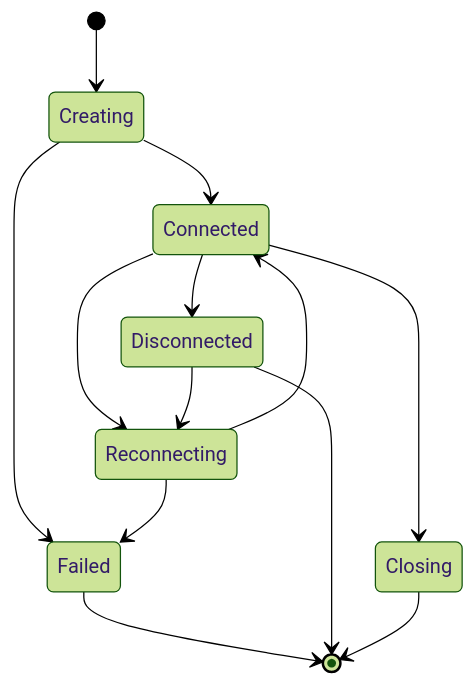
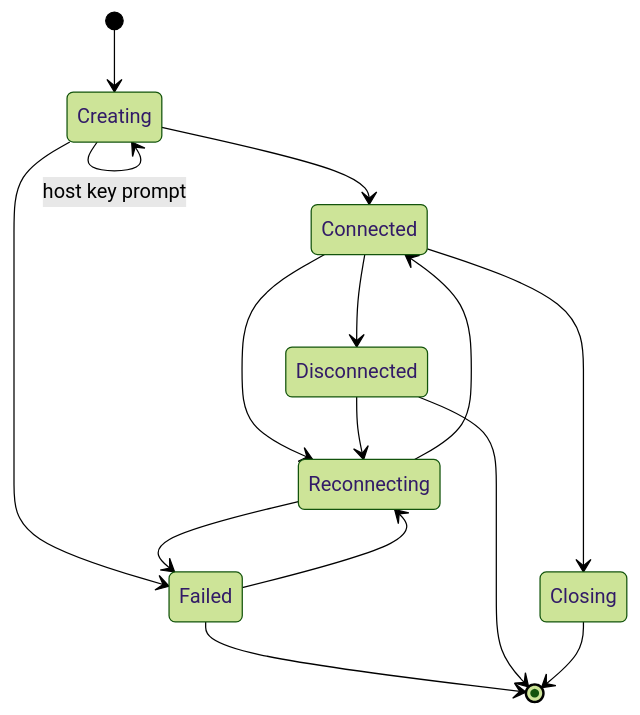
Before and after one commit to gsxhnd/Puck: the diagram in docs/03-connection-model-and-protocols.md, drawn with Mermaid (forest theme). The commit also changed other lines of this file and 6 other files, not shown here.

First line of the commit message:
feat: update README and documentation for Puck Terminal capabilities and architecture

````diff
--- a/docs/03-connection-model-and-protocols.md
+++ b/docs/03-connection-model-and-protocols.md
@@ -43,15 +58,17 @@
 ```mermaid
 stateDiagram-v2
   [*] --> Creating
   Creating --> Connected
   Creating --> Failed
+  Creating --> Creating: host key prompt
   Connected --> Reconnecting
+  Connected --> Disconnected
   Connected --> Closing
-  Connected --> Disconnected
   Reconnecting --> Connected
   Reconnecting --> Failed
+  Failed --> Reconnecting
   Failed --> [*]
   Disconnected --> Reconnecting
   Disconnected --> [*]
   Closing --> [*]
 ```
````
